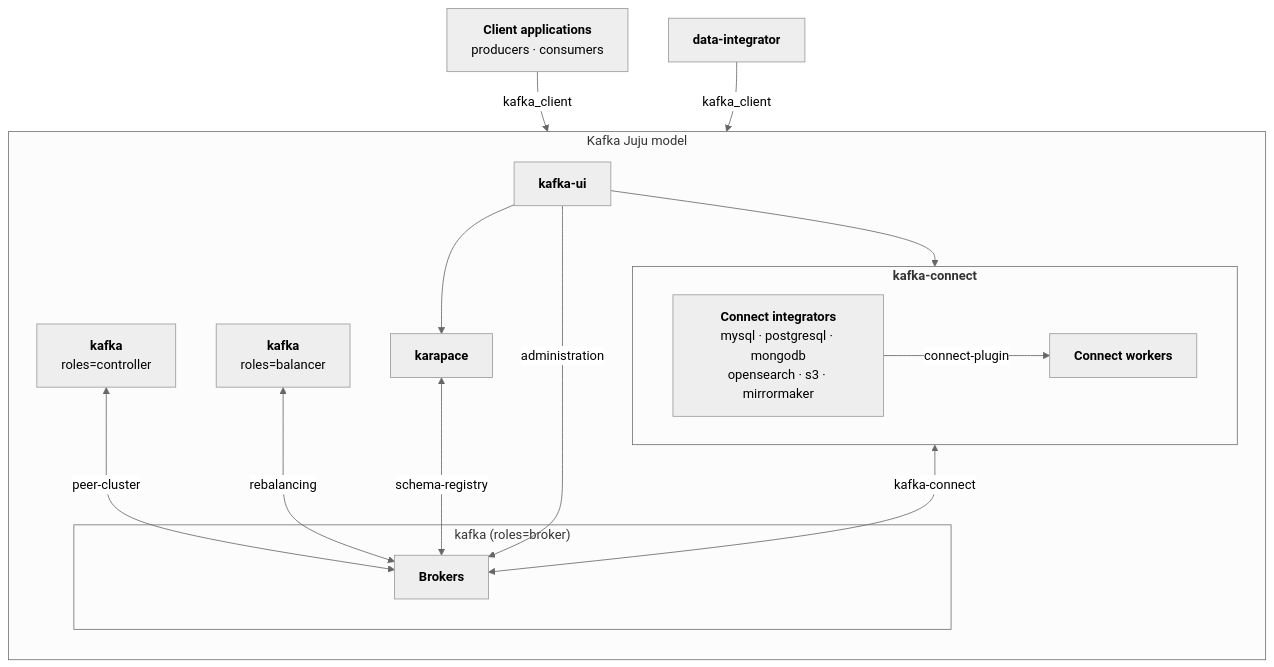
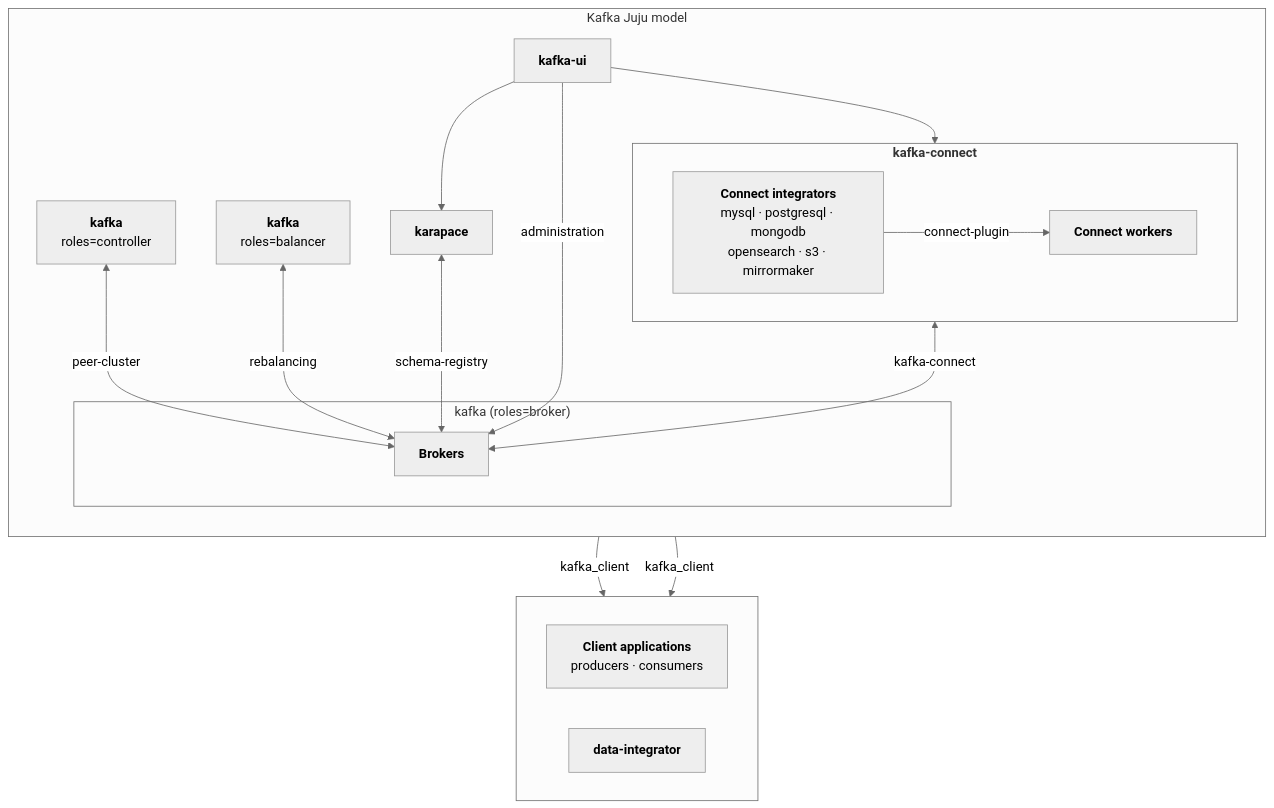
Before and after one commit to canonical/kafka-operator: the diagram in docs/explanation/components.md, drawn with Mermaid (neutral theme). The commit also changed 2 other files, not shown here.

Commit message:
Fix diagram's labels background

````diff
--- a/docs/explanation/components.md
+++ b/docs/explanation/components.md
@@ -109,36 +109,39 @@
 ```{mermaid}
 flowchart TB
-    client["<b>Client applications</b><br>producers · consumers"]
-    di["<b>data-integrator</b>"]
-
     subgraph kafka-model["Kafka Juju model"]
         direction TB
 
         subgraph kafka-cluster["kafka (roles=broker)"]
             broker["<b>Brokers</b>"]
         end
 
         kraft["<b>kafka</b><br>roles=controller"]
         balancer["<b>kafka</b><br>roles=balancer"]
 
         subgraph connect["<b>kafka-connect</b>"]
             direction LR
             workers["<b>Connect workers</b>"]
             integrators["<b>Connect integrators</b><br>mysql · postgresql · mongodb<br>opensearch · s3 · mirrormaker"]
         end
 
         karapace["<b>karapace</b>"]
         ui["<b>kafka-ui</b>"]
     end
 
-    client -->|"kafka_client"| broker
-    di -->|"kafka_client"| broker
+    subgraph clients[" "]
+        direction LR
+        client["<b>Client applications</b><br>producers · consumers"]
+        di["<b>data-integrator</b>"]
+    end
+
+    broker -->|"kafka_client"| client
+    broker -->|"kafka_client"| di
     kraft <-->|"peer-cluster"| broker
     balancer <-->|"rebalancing"| broker
     workers <-->|"kafka-connect"| broker
     integrators -->|"connect-plugin"| workers
     karapace <-->|"schema-registry"| broker
     ui -->|"administration"| broker
     ui --> karapace
     ui --> workers
 ```
````
